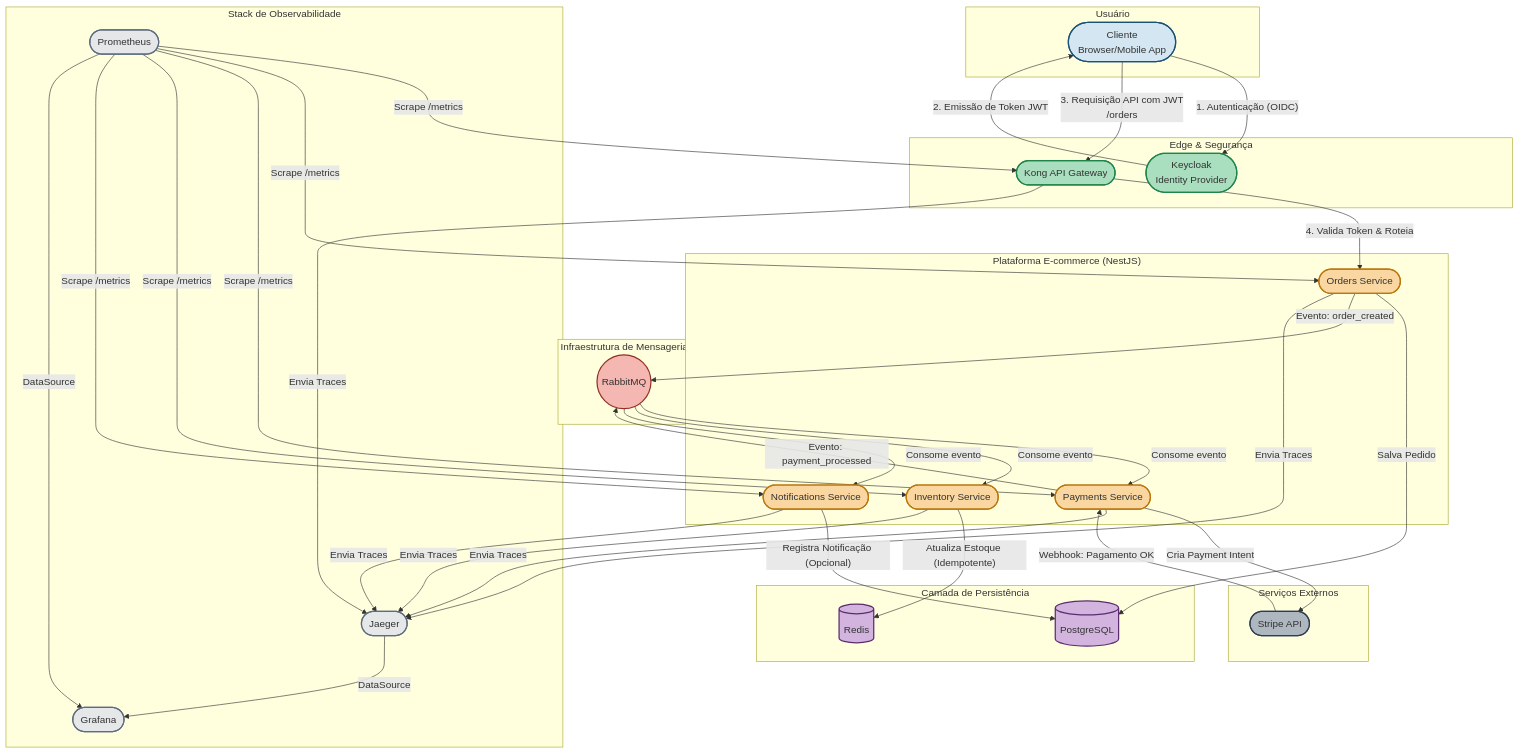
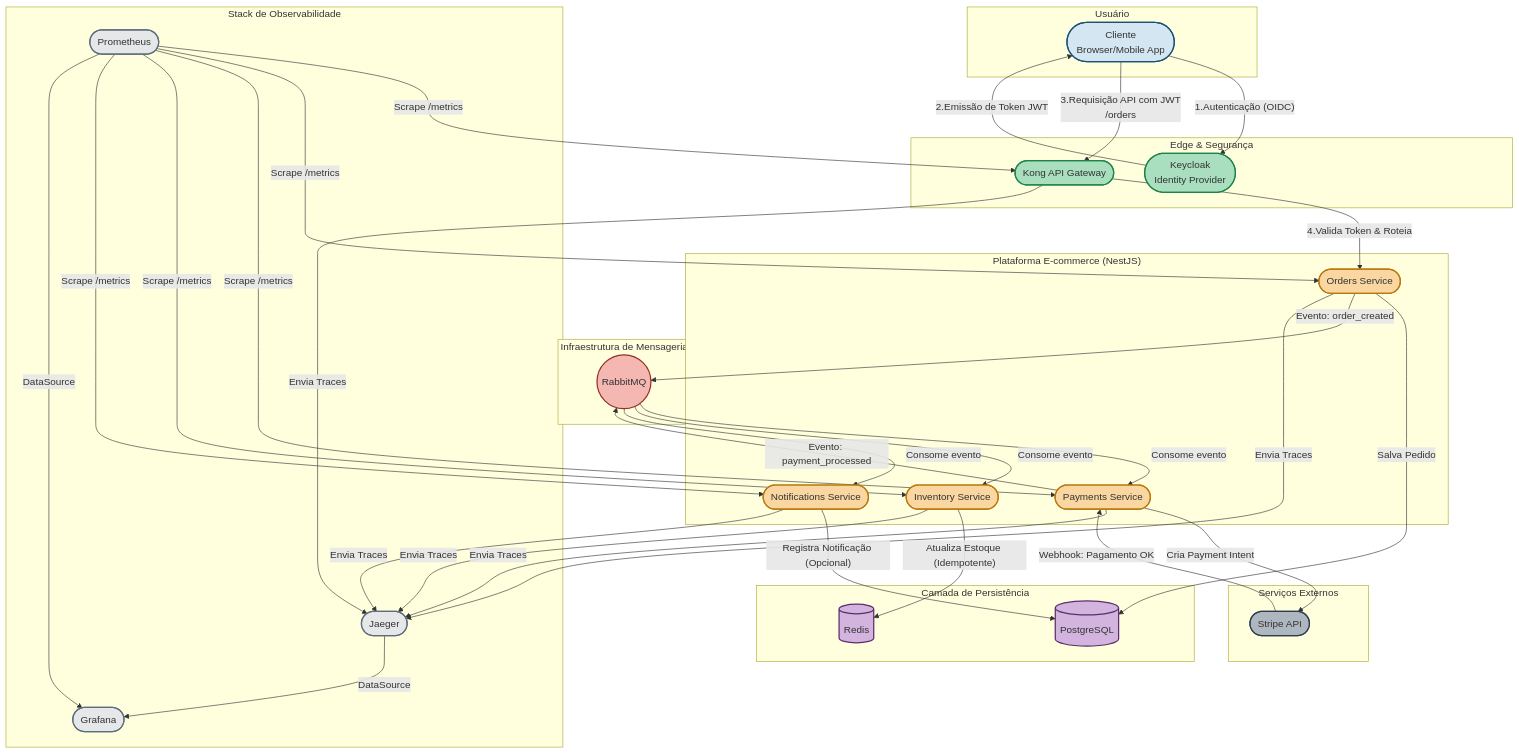
One commit to DaniloNogueira-Silva/ecommerce-microsservice changed the diagram in README.md. Above: the diagram before and after it, drawn with Mermaid.

```diff
--- a/README.md
+++ b/README.md
@@ -89,12 +89,12 @@
     %% --- Conexões e Fluxos ---
     
     %% Fluxo de Autenticação
-    user -- "1. Autenticação (OIDC)" --> keycloak;
-    keycloak -- "2. Emissão de Token JWT" --> user;
+    user -- "1.Autenticação (OIDC)" --> keycloak;
+    keycloak -- "2.Emissão de Token JWT" --> user;
     
     %% Fluxo de Requisição Principal
-    user -- "3. Requisição API com JWT<br>/orders" --> kong;
-    kong -- "4. Valida Token & Roteia" --> orders_service;
+    user -- "3.Requisição API com JWT<br>/orders" --> kong;
+    kong -- "4.Valida Token & Roteia" --> orders_service;
     
     %% Fluxo de Eventos (Criação de Pedido)
     orders_service -- Salva Pedido --> postgres_db;
```
